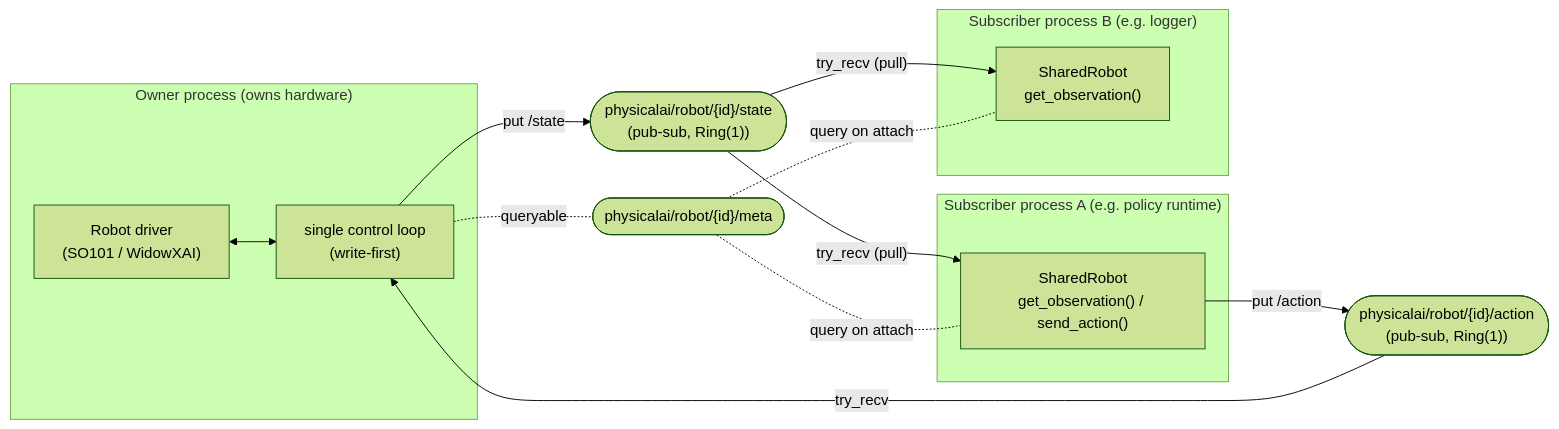
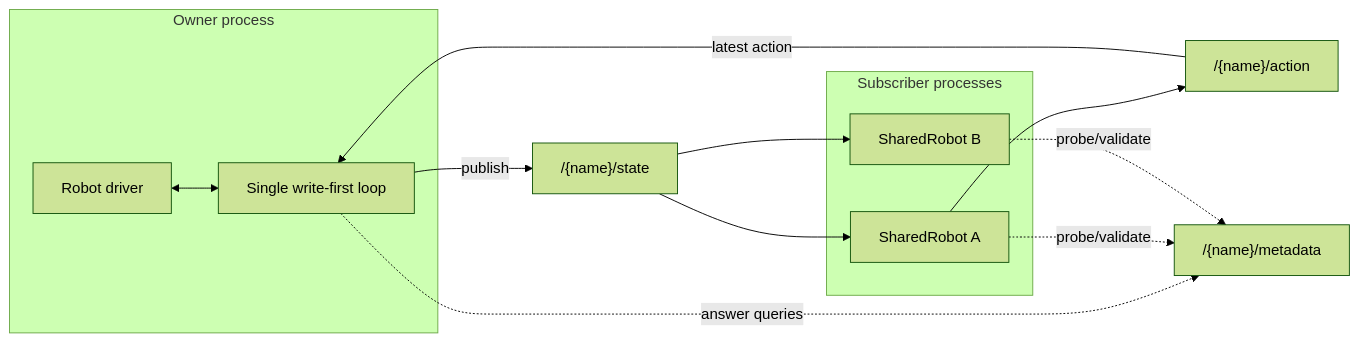
Before and after one commit to openvinotoolkit/physicalai: the first of 2 diagrams in docs/development/robot-zenoh-transport-design.md, drawn with Mermaid (forest theme). The commit also changed other lines of this file and 4 other files, not shown here.

````diff
--- a/docs/development/robot-zenoh-transport-design.md
+++ b/docs/development/robot-zenoh-transport-design.md
@@ -30,25 +19,19 @@
 ```mermaid
 flowchart LR
-    subgraph Owner["Owner process (owns hardware)"]
-        HW["Robot driver\n(SO101 / WidowXAI)"]
-        LOOP["single control loop\n(write-first)"]
-        HW <--> LOOP
+    subgraph Owner["Owner process"]
+        HW["Robot driver"] <--> LOOP["Single write-first loop"]
+    end
+    subgraph Clients["Subscriber processes"]
+        A["SharedRobot A"]
+        B["SharedRobot B"]
     end
 
-    subgraph Sub1["Subscriber process A (e.g. policy runtime)"]
-        R1["SharedRobot\nget_observation() / send_action()"]
-    end
-    subgraph Sub2["Subscriber process B (e.g. logger)"]
-        R2["SharedRobot\nget_observation()"]
-    end
-
-    LOOP -- "put /state" --> STATE(["physicalai/robot/{id}/state\n(pub-sub, Ring(1))"])
-    ACTION(["physicalai/robot/{id}/action\n(pub-sub, Ring(1))"]) -- "try_recv" --> LOOP
-    LOOP -. "queryable" .- META(["physicalai/robot/{id}/meta"])
-
-    STATE -- "try_recv (pull)" --> R1
-    STATE -- "try_recv (pull)" --> R2
-    R1 -- "put /action" --> ACTION
-    META -. "query on attach" .- R1
-    META -. "query on attach" .- R2
+    LOOP -- "publish" --> STATE["/{name}/state"]
+    ACTION["/{name}/action"] -- "latest action" --> LOOP
+    LOOP -. "answer queries" .-> META["/{name}/metadata"]
+    STATE --> A
+    STATE --> B
+    A --> ACTION
+    A -. "probe/validate" .-> META
+    B -. "probe/validate" .-> META
 ```
````
